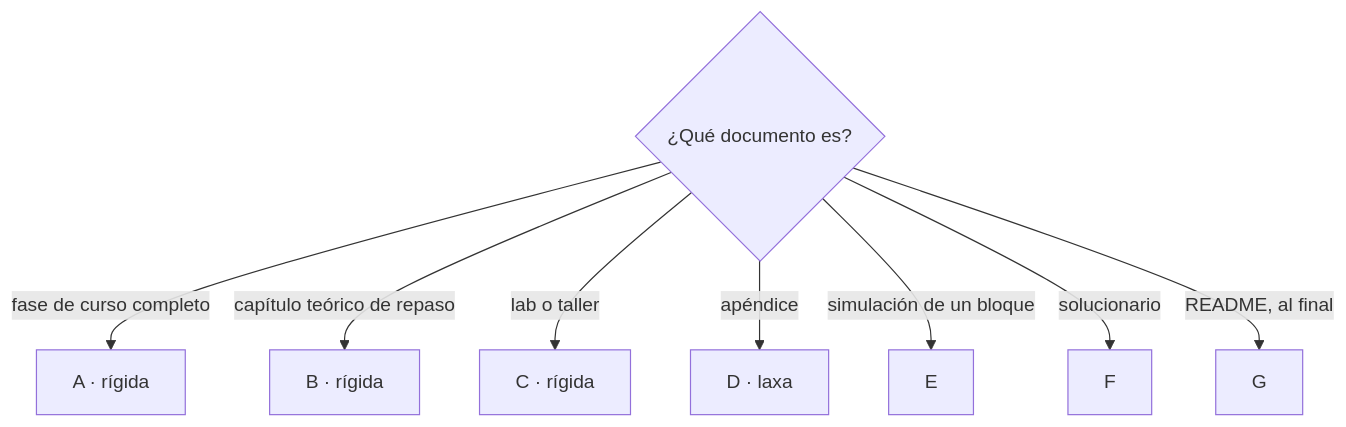
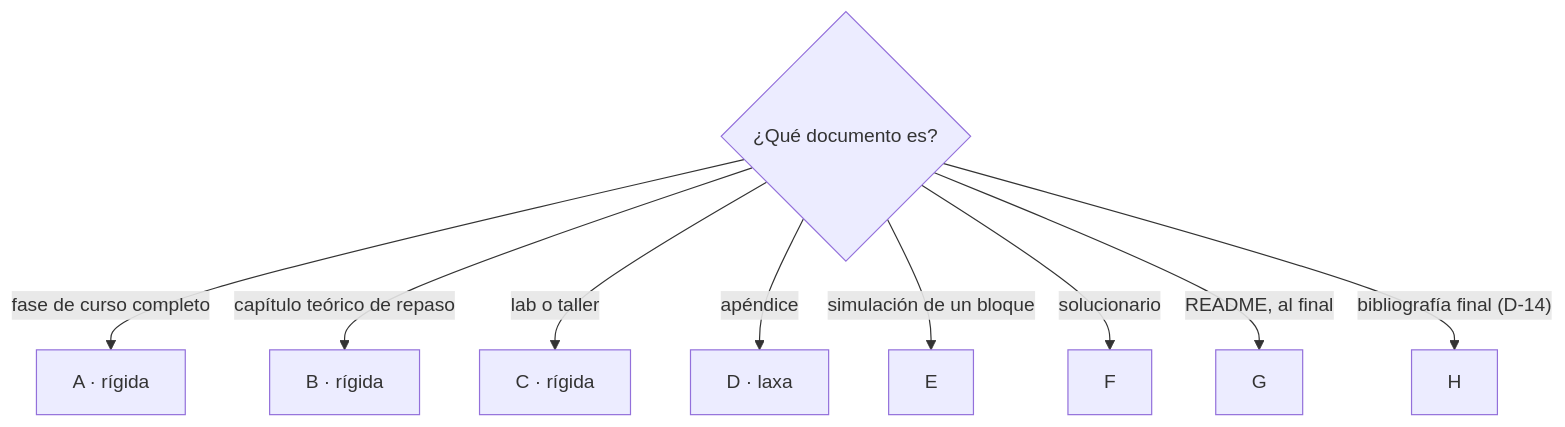
The diagram in zz-instrucciones/plantillas/plantillas-de-capitulo.md (oskar-raul-dev/courses-ai-generated), drawn with Mermaid before and after one commit. The commit also changed other lines of this file and 62 other files, not shown here.

````diff
--- a/zz-instrucciones/plantillas/plantillas-de-capitulo.md
+++ b/zz-instrucciones/plantillas/plantillas-de-capitulo.md
@@ -20,11 +20,12 @@
 ```mermaid
 flowchart TD
     Q{"¿Qué documento es?"}
     Q -- "fase de curso completo" --> A["A · rígida"]
     Q -- "capítulo teórico de repaso" --> B["B · rígida"]
     Q -- "lab o taller" --> C["C · rígida"]
     Q -- "apéndice" --> D["D · laxa"]
     Q -- "simulación de un bloque" --> E["E"]
     Q -- "solucionario" --> F["F"]
     Q -- "README, al final" --> G["G"]
+    Q -- "bibliografía final (D-14)" --> H["H"]
 ```
````
